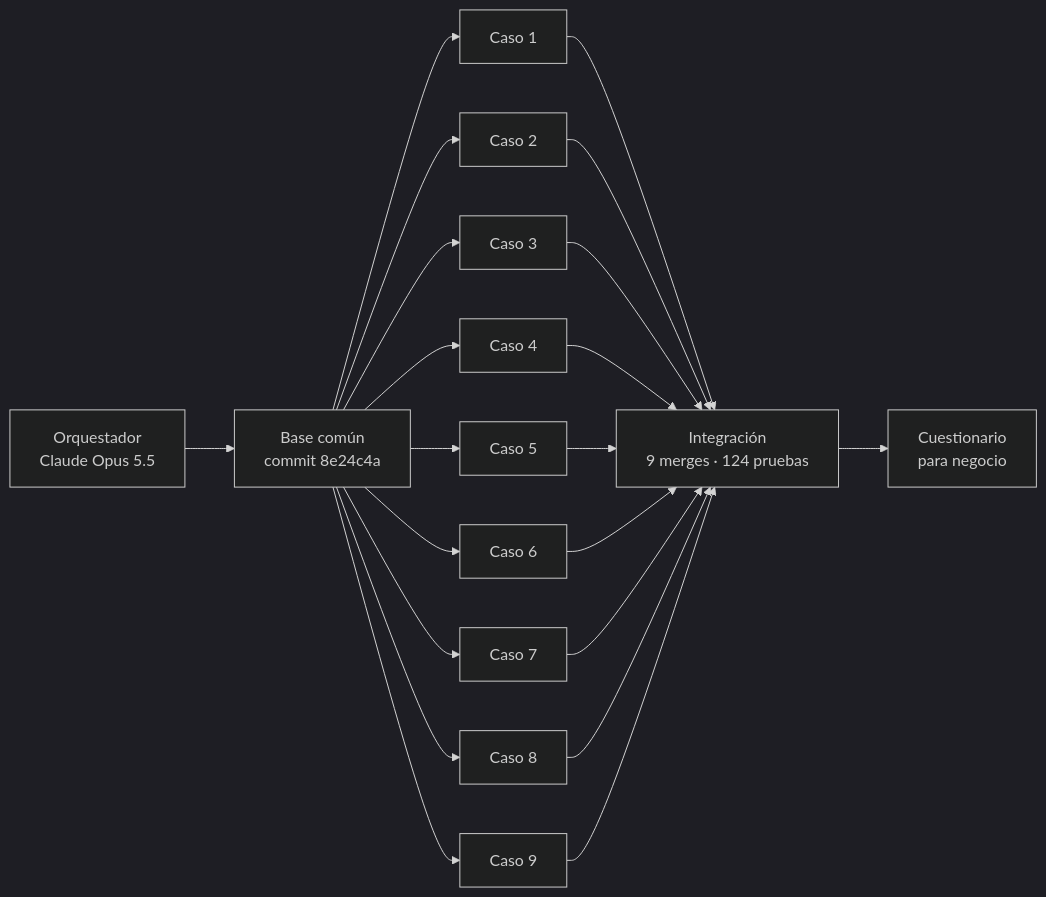
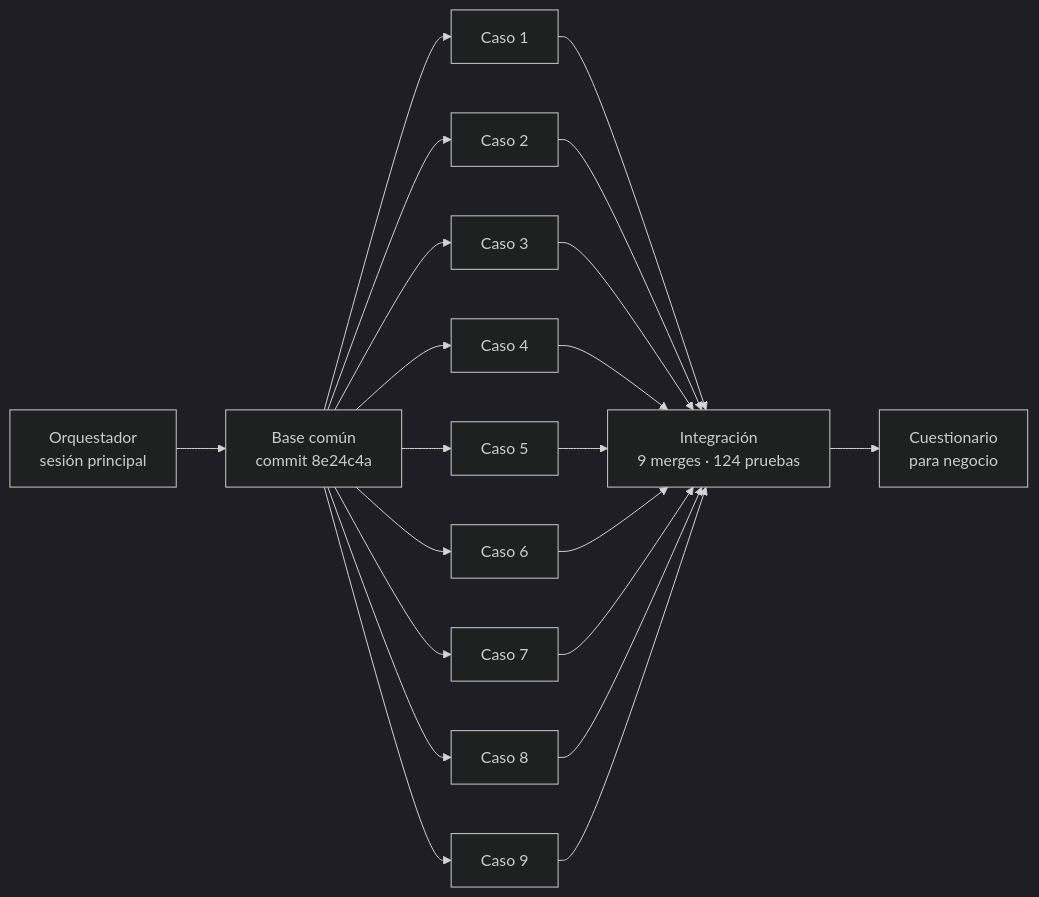
One commit to JuanC101195/Fintech_Juanes_Heider changed the diagram in docs/agentes/README.md. Above: the diagram before and after it, drawn with Mermaid (dark theme). The commit also changed other lines of this file and 6 other files, not shown here.

````diff
--- a/docs/agentes/README.md
+++ b/docs/agentes/README.md
@@ -18,7 +18,7 @@
 ```mermaid
 flowchart LR
-    O["Orquestador<br/>Claude Opus 5.5"] --> B["Base común<br/>commit 8e24c4a"]
+    O["Orquestador<br/>sesión principal"] --> B["Base común<br/>commit 8e24c4a"]
     B --> A1["Caso 1"] & A2["Caso 2"] & A3["Caso 3"] & A4["Caso 4"] & A5["Caso 5"] & A6["Caso 6"] & A7["Caso 7"] & A8["Caso 8"] & A9["Caso 9"]
     A1 & A2 & A3 & A4 & A5 & A6 & A7 & A8 & A9 --> I["Integración<br/>9 merges · 124 pruebas"]
     I --> C["Cuestionario<br/>para negocio"]
 ```
````
